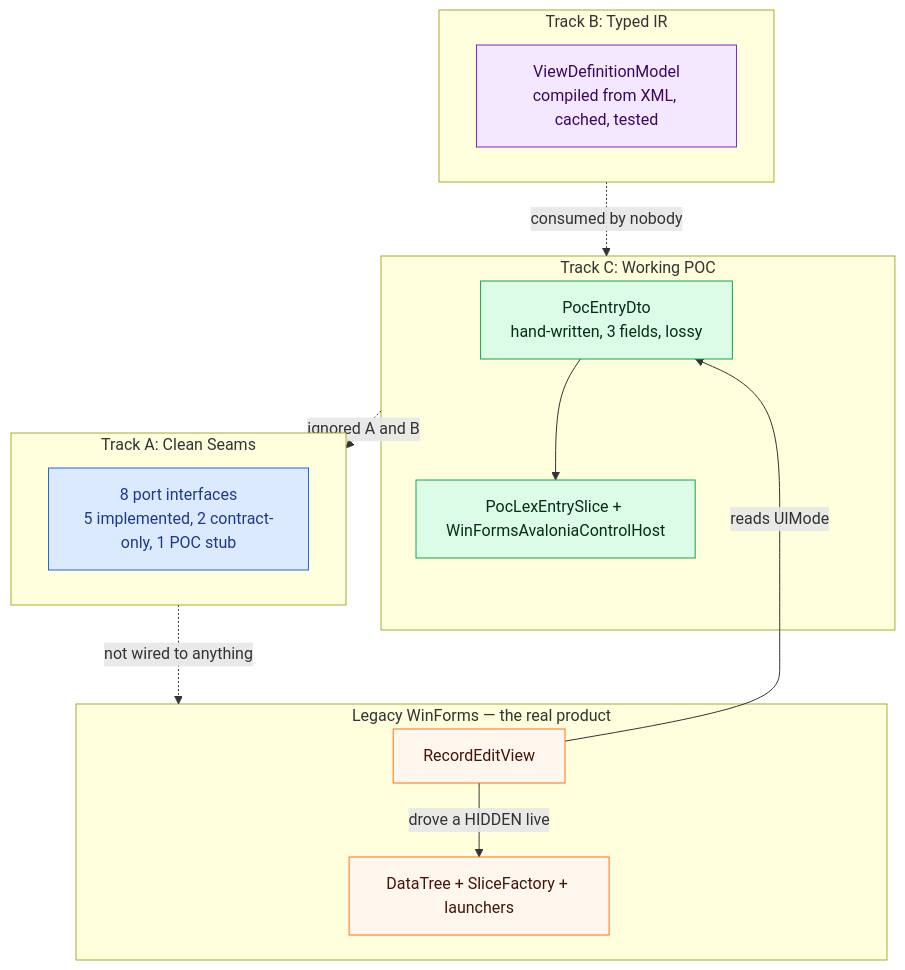
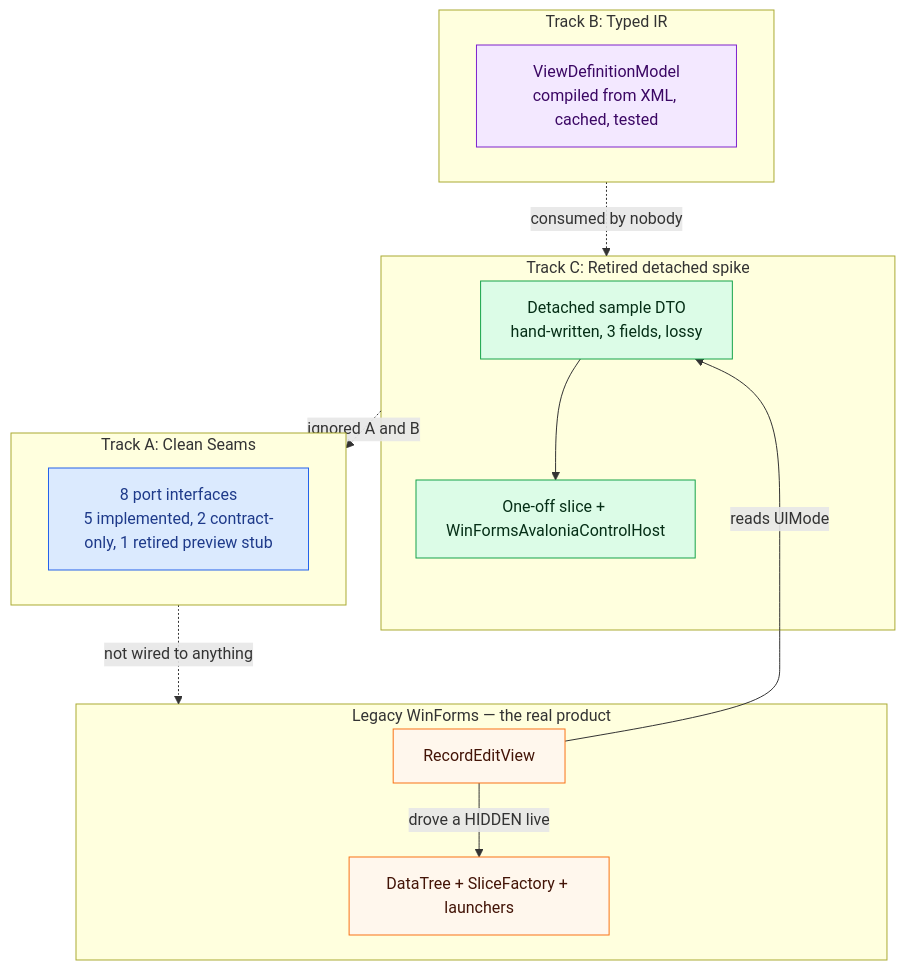
The seventh of 8 diagrams in openspec/changes/lexical-edit-avalonia-migration/architecture-diagrams.md (sillsdev/FieldWorks), drawn with Mermaid before and after one commit. The commit also changed other lines of this file and 20 other files, not shown here.

````diff
--- a/openspec/changes/lexical-edit-avalonia-migration/architecture-diagrams.md
+++ b/openspec/changes/lexical-edit-avalonia-migration/architecture-diagrams.md
@@ -380,27 +380,27 @@
 ```mermaid
 flowchart TB
   subgraph Legacy["Legacy WinForms — the real product"]
     REV["RecordEditView"]:::legacy
     DT["DataTree + SliceFactory + launchers"]:::legacy
   end
   subgraph A["Track A: Clean Seams"]
-    Ports["8 port interfaces<br/>5 implemented, 2 contract-only, 1 POC stub"]:::port
+    Ports["8 port interfaces<br/>5 implemented, 2 contract-only, 1 retired preview stub"]:::port
   end
   subgraph B["Track B: Typed IR"]
     IR["ViewDefinitionModel<br/>compiled from XML, cached, tested"]:::model
   end
-  subgraph C["Track C: Working POC"]
-    DTO["PocEntryDto<br/>hand-written, 3 fields, lossy"]:::poc
-    Slice["PocLexEntrySlice + WinFormsAvaloniaControlHost"]:::poc
+  subgraph C["Track C: Retired detached spike"]
+    DTO["Detached sample DTO<br/>hand-written, 3 fields, lossy"]:::retired
+    Slice["One-off slice + WinFormsAvaloniaControlHost"]:::retired
   end
   REV -->|reads UIMode| DTO
   REV -->|drove a HIDDEN live| DT
   DTO --> Slice
   A -. not wired to anything .-> Legacy
   B -. consumed by nobody .-> C
   C -. ignored A and B .-> A
   classDef legacy fill:#fff7ed,stroke:#f97316,color:#431407;
   classDef port fill:#dbeafe,stroke:#2563eb,color:#1e3a8a;
   classDef model fill:#f3e8ff,stroke:#7e22ce,color:#3b0764;
-  classDef poc fill:#dcfce7,stroke:#16a34a,color:#052e16;
+  classDef retired fill:#dcfce7,stroke:#16a34a,color:#052e16;
 ```
````
